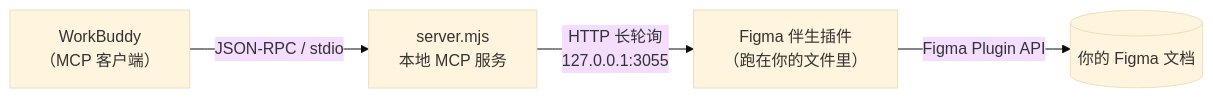
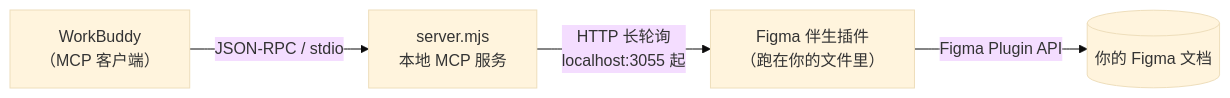
Before and after one commit to kkse7en/workbuddy-figma: the diagram in README.md, drawn with Mermaid (base theme). The commit also changed other lines of this file and 6 other files, not shown here.

````diff
--- a/README.md
+++ b/README.md
@@ -33,6 +33,6 @@
 ```mermaid
 graph LR
   A["WorkBuddy<br/>（MCP 客户端）"] -->|"JSON-RPC / stdio"| B["server.mjs<br/>本地 MCP 服务"]
-  B -->|"HTTP 长轮询<br/>127.0.0.1:3055"| C["Figma 伴生插件<br/>（跑在你的文件里）"]
+  B -->|"HTTP 长轮询<br/>localhost:3055 起"| C["Figma 伴生插件<br/>（跑在你的文件里）"]
   C -->|"Figma Plugin API"| D[("你的 Figma 文档")]
 ```
````
